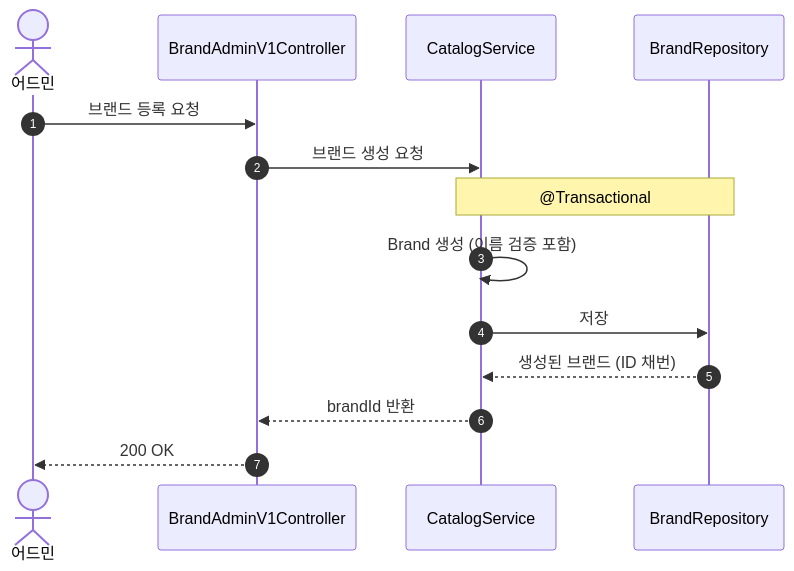
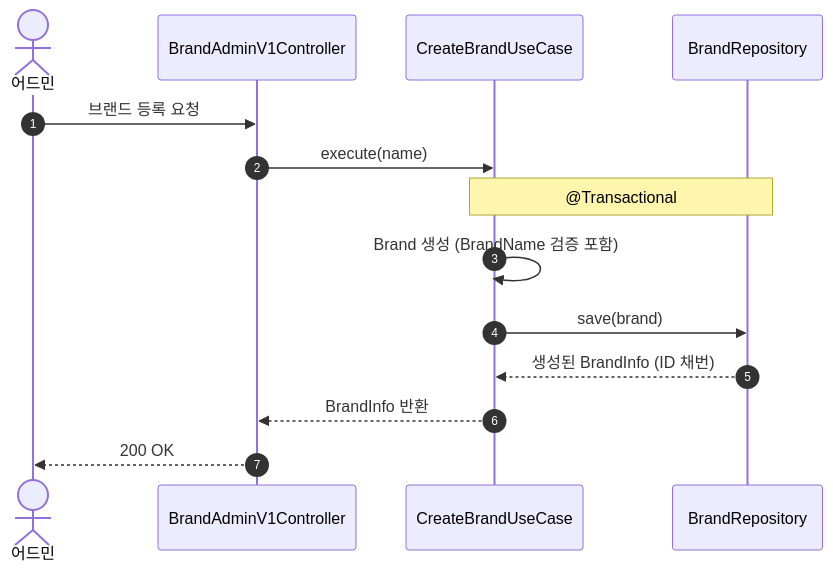
One commit to Loopers-dev-lab/loop-pack-be-l2-vol3-kotlin changed the sixth of 26 diagrams in docs/design/02-sequence-diagrams.md. Above: the diagram before and after it, drawn with Mermaid. The commit also changed other lines of this file and 6 other files, not shown here.

First line of the commit message:
docs: 설계 문서 최신화 — Facade/Service → UseCase 패턴 반영

````diff
--- a/docs/design/02-sequence-diagrams.md
+++ b/docs/design/02-sequence-diagrams.md
@@ -156,16 +152,16 @@
 ```mermaid
 sequenceDiagram
     autonumber
     actor Admin as 어드민
     participant C as BrandAdminV1Controller
-    participant S as CatalogService
+    participant UC as CreateBrandUseCase
     participant R as BrandRepository
     Admin ->> C: 브랜드 등록 요청
-    C ->> S: 브랜드 생성 요청
-    Note over S, R: @Transactional
-    S ->> S: Brand 생성 (이름 검증 포함)
-    S ->> R: 저장
-    R -->> S: 생성된 브랜드 (ID 채번)
-    S -->> C: brandId 반환
+    C ->> UC: execute(name)
+    Note over UC, R: @Transactional
+    UC ->> UC: Brand 생성 (BrandName 검증 포함)
+    UC ->> R: save(brand)
+    R -->> UC: 생성된 BrandInfo (ID 채번)
+    UC -->> C: BrandInfo 반환
     C -->> Admin: 200 OK
 ```
````
